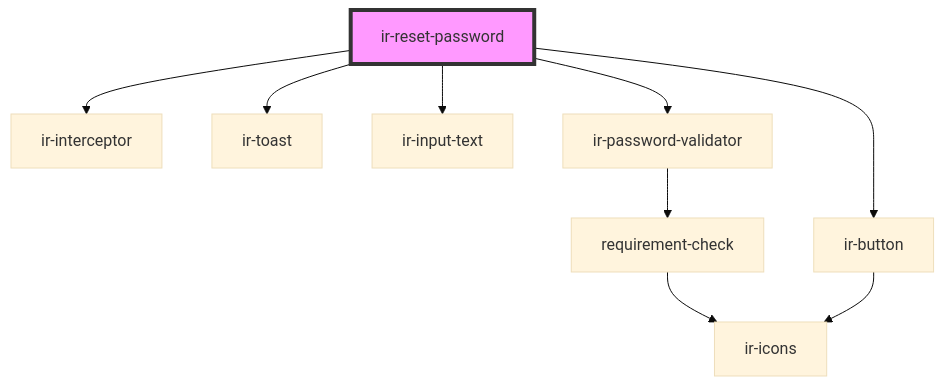
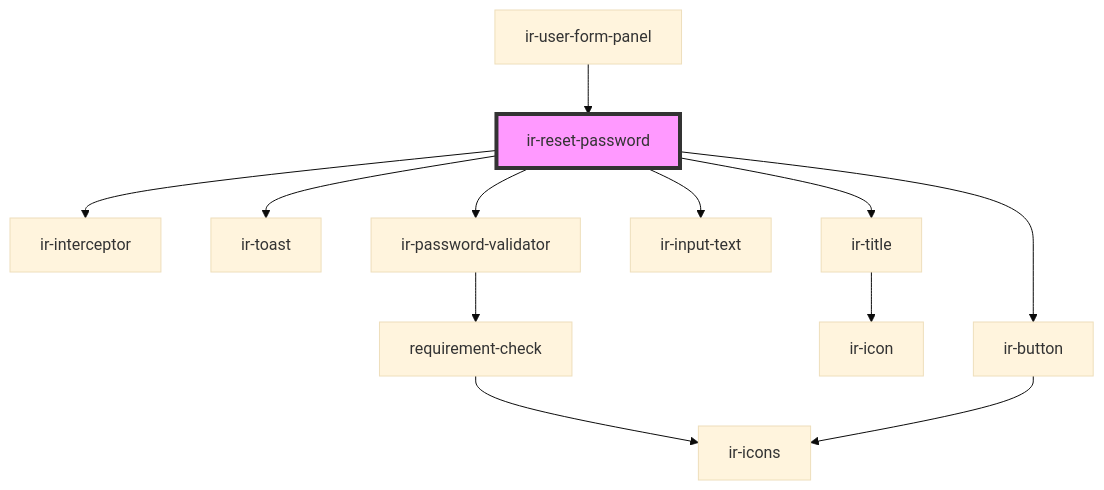
Before and after one commit to David1Chowaifaty/modified-ir-webcmp: the diagram in src/components/ir-reset-password/readme.md, drawn with Mermaid (base theme). The commit also changed other lines of this file and 26 other files, not shown here.

````diff
--- a/src/components/ir-reset-password/readme.md
+++ b/src/components/ir-reset-password/readme.md
@@ -26,12 +42,15 @@
 ```mermaid
 graph TD;
   ir-reset-password --> ir-interceptor
   ir-reset-password --> ir-toast
+  ir-reset-password --> ir-title
   ir-reset-password --> ir-input-text
   ir-reset-password --> ir-password-validator
   ir-reset-password --> ir-button
+  ir-title --> ir-icon
   ir-password-validator --> requirement-check
   requirement-check --> ir-icons
   ir-button --> ir-icons
+  ir-user-form-panel --> ir-reset-password
   style ir-reset-password fill:#f9f,stroke:#333,stroke-width:4px
 ```
````
